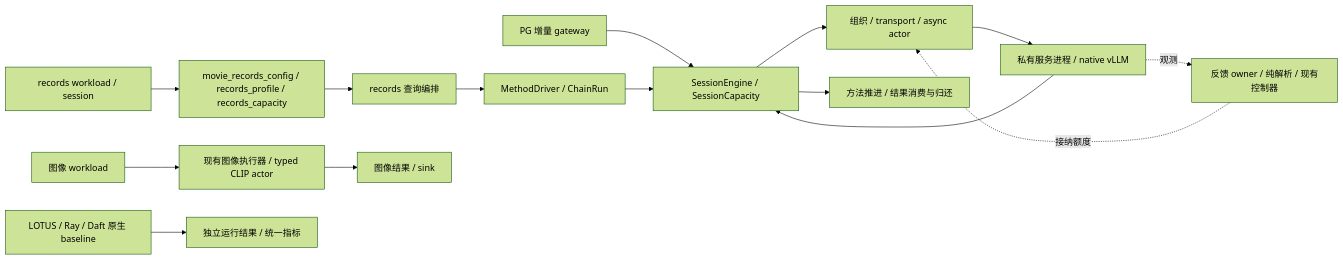
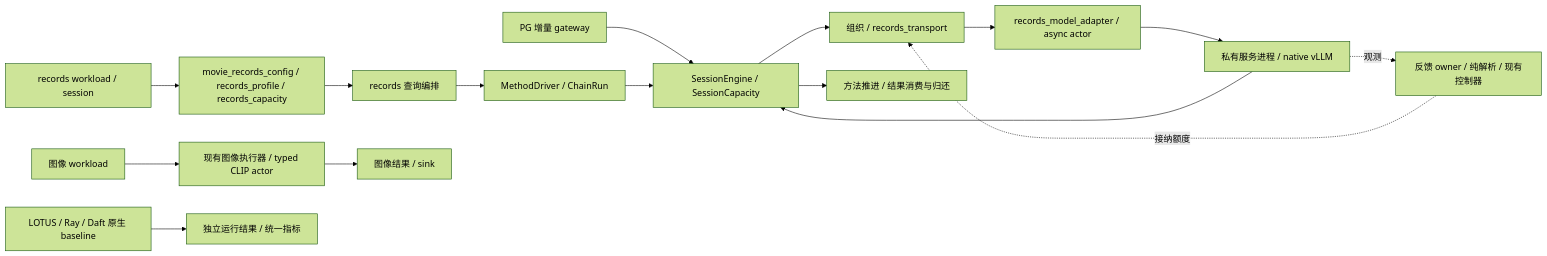
One commit to 3444374/ai-operator-execution-optimization changed the diagram in experiments/results/diagnostics/records_runtime_refactor_20261104/README.md. Above: the diagram before and after it, drawn with Mermaid (forest theme). The commit also changed other lines of this file and 15 other files, not shown here.

Commit message:
refactor: share records transport without importing query hosts

````diff
--- a/experiments/results/diagnostics/records_runtime_refactor_20261104/README.md
+++ b/experiments/results/diagnostics/records_runtime_refactor_20261104/README.md
@@ -15,17 +15,18 @@
 ```mermaid
 flowchart LR
     PG["PG 增量 gateway"] --> CORE["SessionEngine / SessionCapacity"]
     REC["records workload / session"] --> CFG["movie_records_config / records_profile / records_capacity"]
     CFG --> HOST["records 查询编排"]
     HOST --> METHOD["MethodDriver / ChainRun"]
     METHOD --> CORE
-    CORE --> HANDOFF["组织 / transport / async actor"]
-    HANDOFF --> MODEL["私有服务进程 / native vLLM"]
+    CORE --> HANDOFF["组织 / records_transport"]
+    HANDOFF --> ACTOR["records_model_adapter / async actor"]
+    ACTOR --> MODEL["私有服务进程 / native vLLM"]
     MODEL --> CORE
     CORE --> RESULT["方法推进 / 结果消费与归还"]
     MODEL -. "观测" .-> FEEDBACK["反馈 owner / 纯解析 / 现有控制器"]
     FEEDBACK -. "接纳额度" .-> HANDOFF
     IMG["图像 workload"] --> IMAGE["现有图像执行器 / typed CLIP actor"]
     IMAGE --> IMGRESULT["图像结果 / sink"]
     BASE["LOTUS / Ray / Daft 原生 baseline"] --> BASERESULT["独立运行结果 / 统一指标"]
 ```
````
